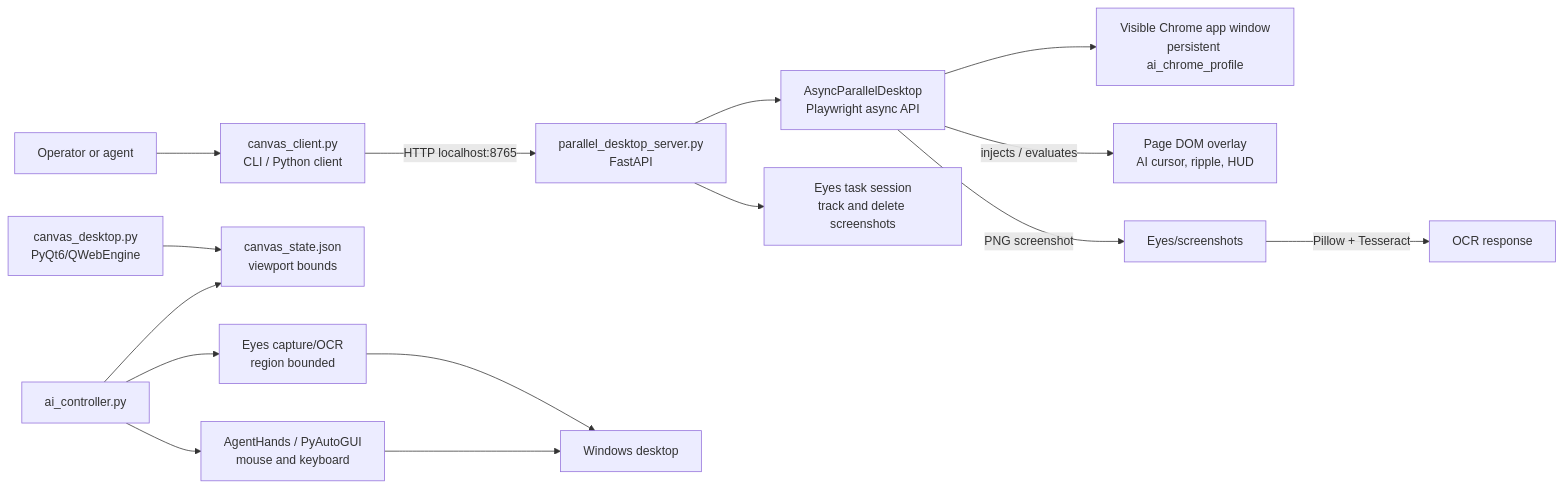
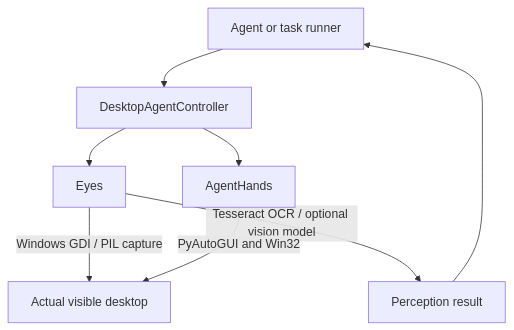
One commit to cheron2000/Agent changed the diagram in ARCHITECTURE.md. Above: the diagram before and after it, drawn with Mermaid. The commit also changed other lines of this file and 17 other files, not shown here.

Commit message:
feat: streamline desktop agent architecture and add atomic-step-task-planner skill

````diff
--- a/ARCHITECTURE.md
+++ b/ARCHITECTURE.md
@@ -9,18 +9,10 @@
 ```mermaid
-flowchart LR
-    U[Operator or agent] --> C[canvas_client.py\nCLI / Python client]
-    C -->|HTTP localhost:8765| S[parallel_desktop_server.py\nFastAPI]
-    S --> P[AsyncParallelDesktop\nPlaywright async API]
-    P --> B[Visible Chrome app window\npersistent ai_chrome_profile]
-    P -->|injects / evaluates| O[Page DOM overlay\nAI cursor, ripple, HUD]
-    P -->|PNG screenshot| SS[Eyes/screenshots]
-    SS -->|Pillow + Tesseract| OCR[OCR response]
-    S --> E[Eyes task session\ntrack and delete screenshots]
-
-    N[canvas_desktop.py\nPyQt6/QWebEngine] --> ST[canvas_state.json\nviewport bounds]
-    A[ai_controller.py] --> ST
-    A --> EV[Eyes capture/OCR\nregion bounded]
-    A --> H[AgentHands / PyAutoGUI\nmouse and keyboard]
-    EV --> OS[Windows desktop]
-    H --> OS
+flowchart TD
+    R[Agent or task runner] --> C[DesktopAgentController]
+    C --> E[Eyes]
+    C --> H[AgentHands]
+    E -->|Windows GDI / PIL capture| D[Actual visible desktop]
+    E -->|Tesseract OCR / optional vision model| P[Perception result]
+    H -->|PyAutoGUI and Win32| D
+    P --> R
 ```
````
